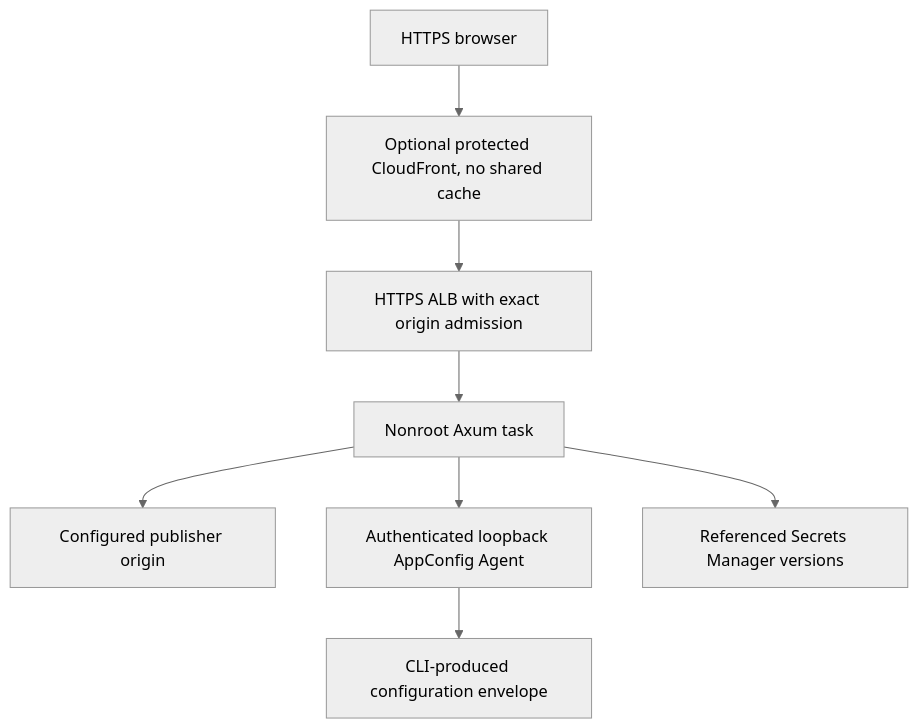
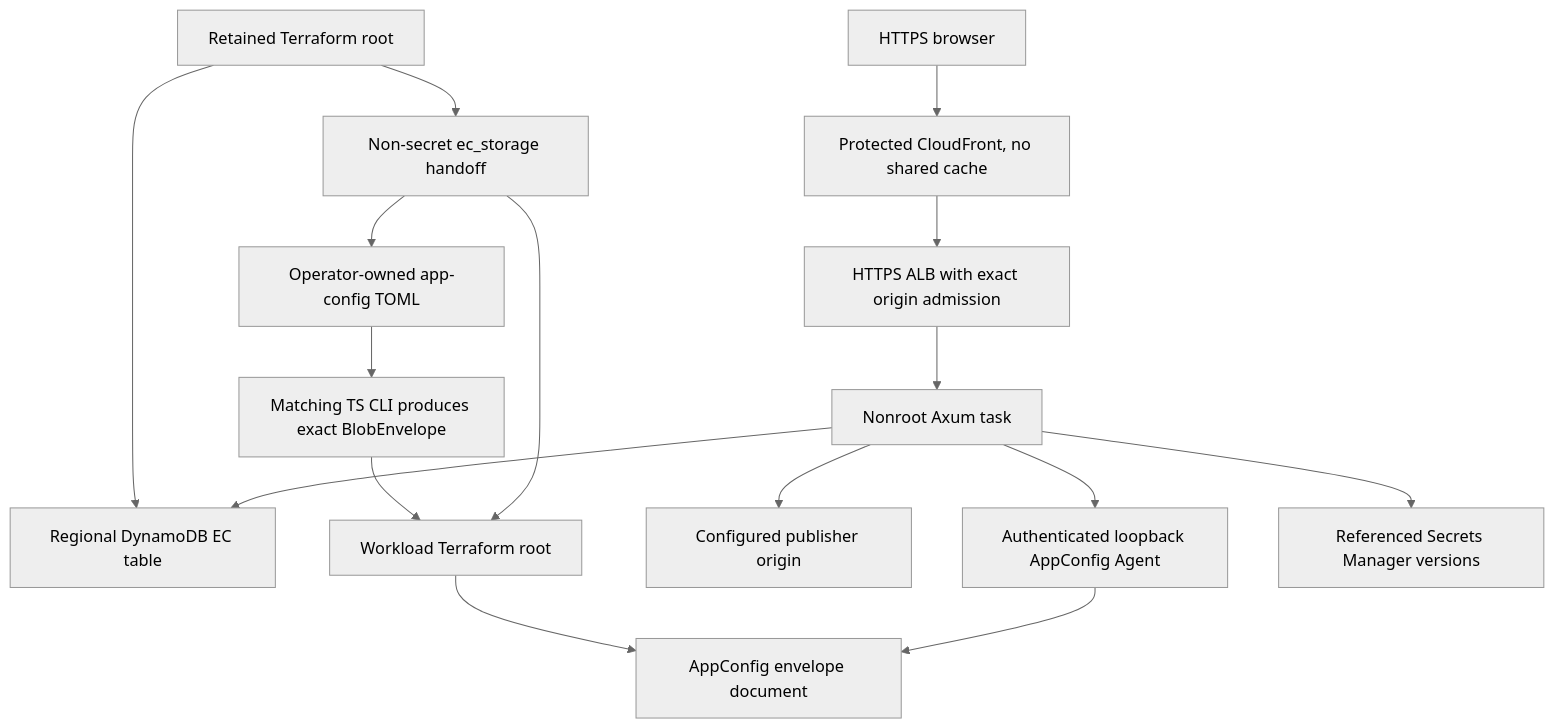
One commit to IABTechLab/trusted-server changed the diagram in deploy/examples/native-aws-workload/README.md. Above: the diagram before and after it, drawn with Mermaid (neutral theme). The commit also changed other lines of this file and 29 other files, not shown here.

````diff
--- a/deploy/examples/native-aws-workload/README.md
+++ b/deploy/examples/native-aws-workload/README.md
@@ -7,10 +7,18 @@
 ```mermaid
 flowchart TD
-    Browser[HTTPS browser] --> CloudFront[Optional protected CloudFront, no shared cache]
+    Retained[Retained Terraform root] --> Table[Regional DynamoDB EC table]
+    Retained --> Binding[Non-secret ec_storage handoff]
+    Binding --> TOML[Operator-owned app-config TOML]
+    TOML --> CLI[Matching TS CLI produces exact BlobEnvelope]
+    CLI --> Workload[Workload Terraform root]
+    Binding --> Workload
+    Workload --> AppConfig[AppConfig envelope document]
+    Browser[HTTPS browser] --> CloudFront[Protected CloudFront, no shared cache]
     CloudFront --> ALB[HTTPS ALB with exact origin admission]
     ALB --> App[Nonroot Axum task]
+    App --> Table
     App --> Origin[Configured publisher origin]
     App --> Agent[Authenticated loopback AppConfig Agent]
-    Agent --> AppConfig[CLI-produced configuration envelope]
+    Agent --> AppConfig
     App --> Secrets[Referenced Secrets Manager versions]
 ```
````
